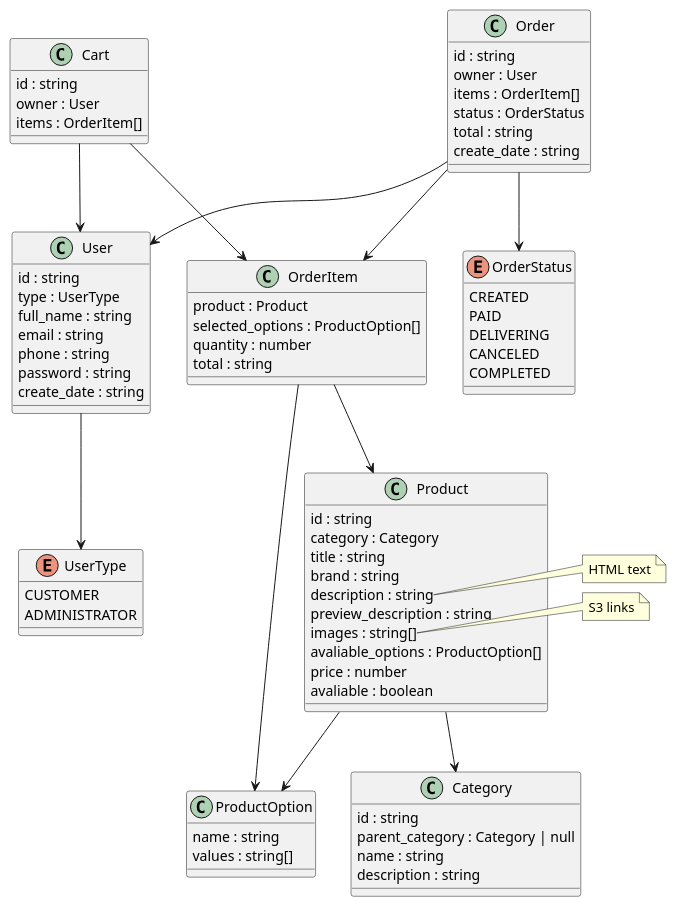
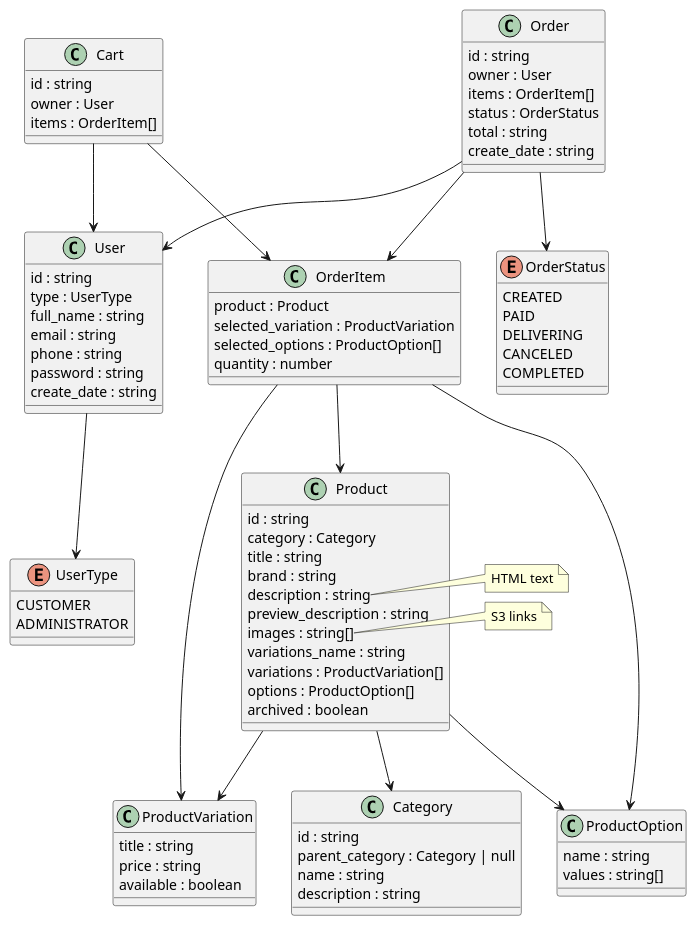
The diagram in docs/models.puml (async-devil/coffee-e-shop), drawn with PlantUML before and after one commit.

Commit message:
docs: update models docs

```diff
--- a/docs/models.puml
+++ b/docs/models.puml
@@ -1,102 +1,135 @@
 @startuml models
+
+
+/' User '/
+
 
 class User {
   id : string
   type : UserType
   full_name : string
   email : string
   phone : string
   password : string
   create_date : string
 }
 
 enum UserType {
   CUSTOMER
   ADMINISTRATOR
 }
 
+
+User --> UserType
+
+
+/' Product '/
+
+
 class Product {
   id : string
   category : Category
   title : string
   brand : string
   description : string
   preview_description : string
   images : string[]
-  avaliable_options : ProductOption[]
-  price : number
-  avaliable : boolean
+  variations_name : string
+  variations : ProductVariation[]
+  options : ProductOption[]
+  archived : boolean
 }
 
 note right of Product::description
   HTML text
 end note
-
 note right of Product::images
   S3 links
 end note
+
+
+class ProductVariation {
+  title : string
+  price : string
+  available : boolean
+}
 
 class ProductOption {
   name : string
   values : string[]
 }
+
+
+Product --> ProductVariation
+Product --> ProductOption
+Product --> Category
+
+
+/' Category '/
+
 
 class Category {
   id : string
   parent_category : Category | null
   name : string
   description : string
 }
+
+
+/' Order '/
+
 
 class Order {
   id : string
   owner : User
   items : OrderItem[]
   status : OrderStatus
   total : string
   create_date : string
 }
 
 enum OrderStatus {
   CREATED
   PAID
   DELIVERING
   CANCELED
   COMPLETED
 }
 
+
 class OrderItem {
   product : Product
+  selected_variation : ProductVariation
   selected_options : ProductOption[]
   quantity : number
-  total : string
 }
+
+
+Order --> User
+Order --> OrderItem
+Order --> OrderStatus
+
+OrderItem --> Product
+OrderItem --> ProductVariation
+OrderItem --> ProductOption
+
+
+/' Cart '/
+
 
 class Cart {
   id : string
   owner : User
   items : OrderItem[]
 }
 
 note right of Cart::owner_id
   Handled only for registered users.
   If not, client side only
 end note
 
 
-User --> UserType
-
-Product --> ProductOption
-Product --> Category
-
-Order --> User
-Order --> OrderItem
-Order --> OrderStatus
-
-OrderItem --> Product
-OrderItem --> ProductOption
-
 Cart --> User
 Cart --> OrderItem
 
 @enduml
```
